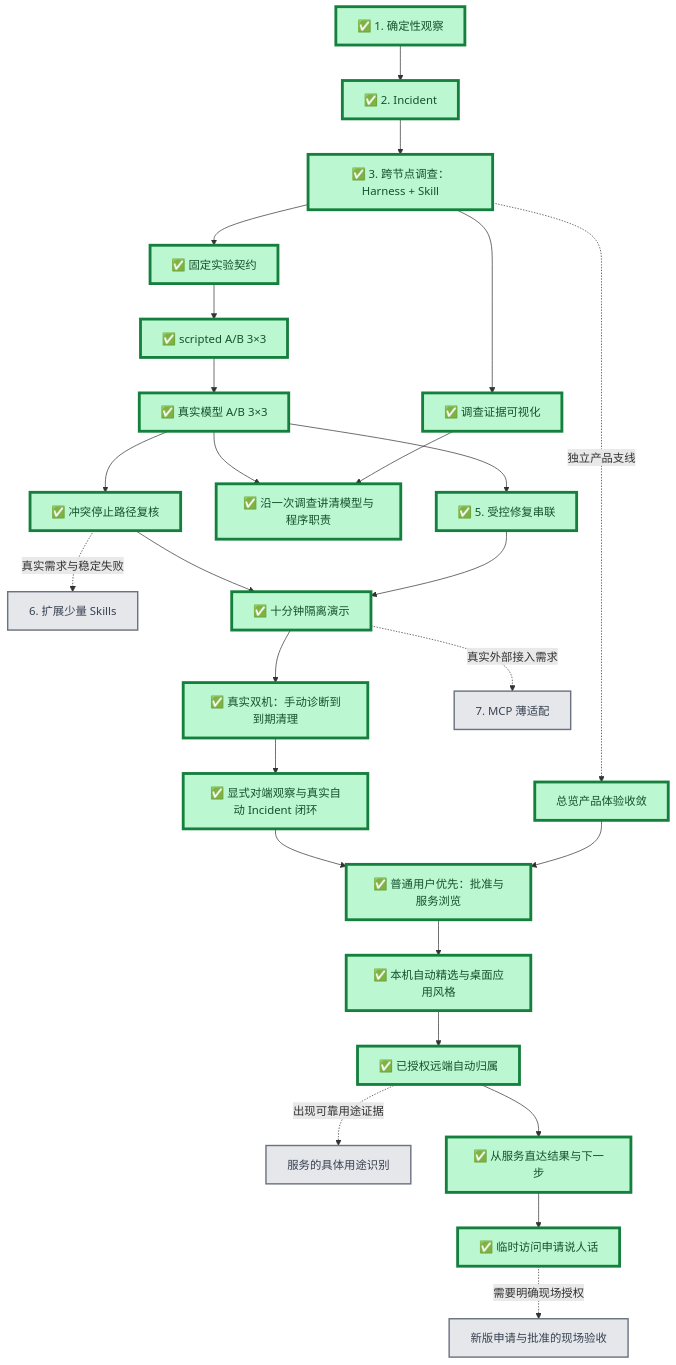
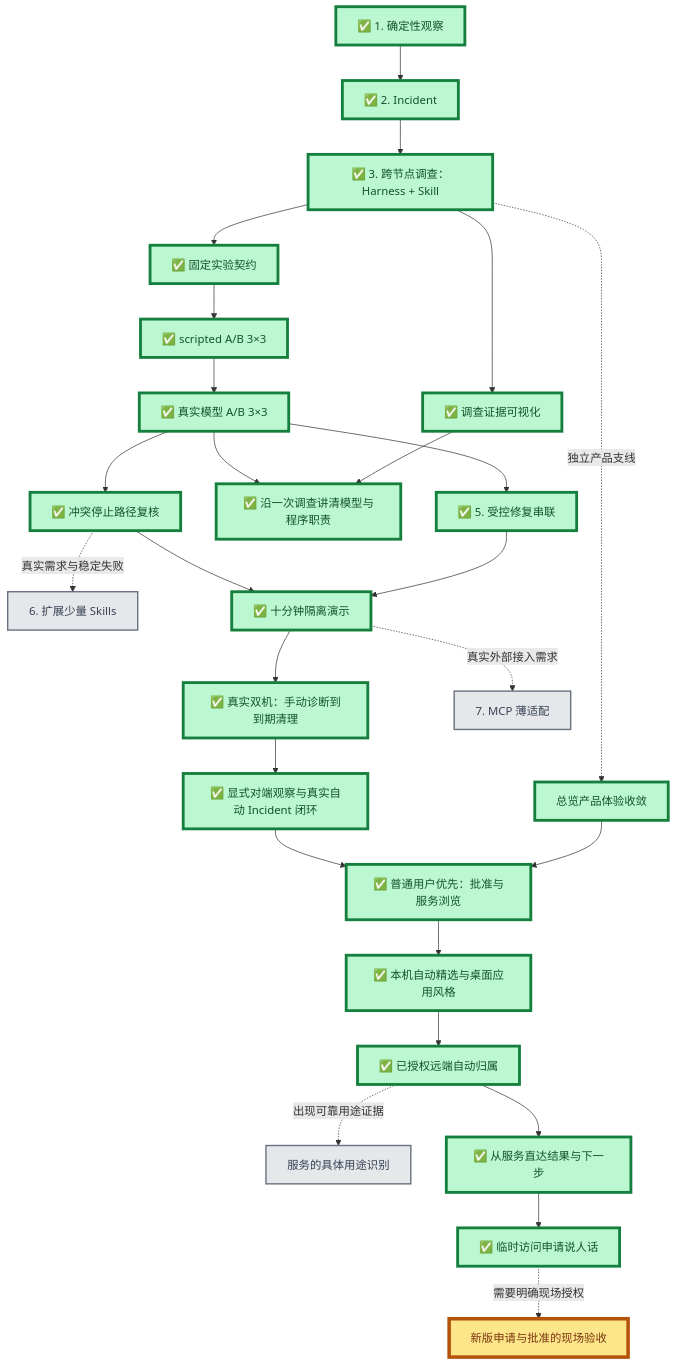
The first of 2 diagrams in docs/project/roadmap.md (Sugarfarmeriod/TunnelMinion), drawn with Mermaid before and after one commit. The commit also changed other lines of this file and 5 other files, not shown here.

````diff
--- a/docs/project/roadmap.md
+++ b/docs/project/roadmap.md
@@ -8,48 +8,48 @@
 ```mermaid
 flowchart TB
     A["✅ 1. 确定性观察"] --> B["✅ 2. Incident"]
     B --> C["✅ 3. 跨节点调查：Harness + Skill"]
 
     C --> D1["✅ 固定实验契约"]
     D1 --> D2["✅ scripted A/B 3×3"]
     D2 --> D3["✅ 真实模型 A/B 3×3"]
 
     D3 --> E["✅ 5. 受控修复串联"]
     C --> V["✅ 调查证据可视化"]
     V --> W["✅ 沿一次调查讲清模型与程序职责"]
     D3 --> W
     D3 --> F["✅ 冲突停止路径复核"]
     F -.真实需求与稳定失败.-> K["6. 扩展少量 Skills"]
     E --> H["✅ 十分钟隔离演示"]
     F --> H
     H --> R["✅ 真实双机：手动诊断到到期清理"]
     R --> I["✅ 显式对端观察与真实自动 Incident 闭环"]
     H -.真实外部接入需求.-> G["7. MCP 薄适配"]
 
     C -.独立产品支线.-> U["总览产品体验收敛"]
     U --> P["✅ 普通用户优先：批准与服务浏览"]
     I --> P
     P --> Q["✅ 本机自动精选与桌面应用风格"]
     Q --> Q2["✅ 已授权远端自动归属"]
     Q2 -.出现可靠用途证据.-> Q3["服务的具体用途识别"]
     Q2 --> Q4["✅ 从服务直达结果与下一步"]
     Q4 --> Q5["✅ 临时访问申请说人话"]
     Q5 -.需要明确现场授权.-> Q6["新版申请与批准的现场验收"]
 
     classDef done fill:#bbf7d0,stroke:#15803d,stroke-width:4px,color:#14532d;
     classDef current fill:#fde68a,stroke:#b45309,stroke-width:5px,color:#78350f;
     classDef next fill:#bfdbfe,stroke:#1d4ed8,stroke-width:3px,color:#1e3a8a;
     classDef later fill:#e5e7eb,stroke:#6b7280,stroke-width:2px,color:#374151;
     class A,B,C,D1,D2,D3,E,F,H,R,V done;
     class U done;
     class W done;
     class I done;
     class G,K later;
     class P done;
     class Q done;
     class Q2 done;
     class Q3 later;
     class Q4 done;
     class Q5 done;
-    class Q6 later;
+    class Q6 current;
 ```
````
